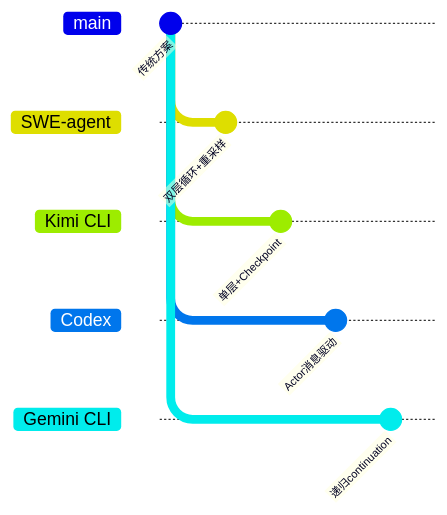
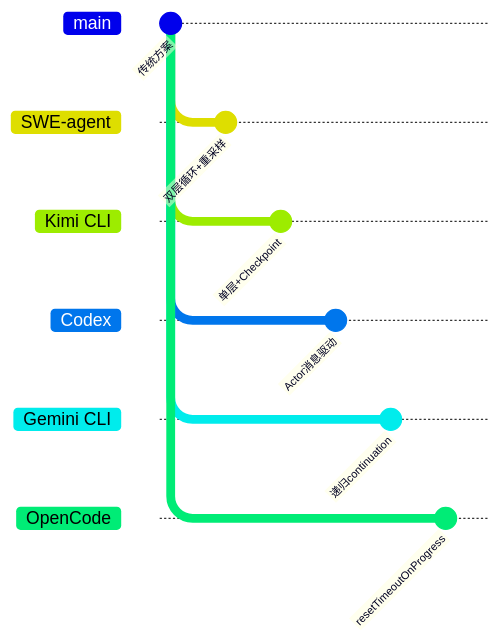
The ninth of 9 diagrams in docs/swe-agent/04-swe-agent-agent-loop.md (giraffe-tree/agent-base), drawn with Mermaid before and after one commit. The commit also changed other lines of this file and 155 other files, not shown here.

````diff
--- a/docs/swe-agent/04-swe-agent-agent-loop.md
+++ b/docs/swe-agent/04-swe-agent-agent-loop.md
@@ -655,19 +713,23 @@
 ```mermaid
 gitGraph
     commit id: "传统方案"
     branch "SWE-agent"
     checkout "SWE-agent"
     commit id: "双层循环+重采样"
     checkout main
     branch "Kimi CLI"
     checkout "Kimi CLI"
     commit id: "单层+Checkpoint"
     checkout main
     branch "Codex"
     checkout "Codex"
     commit id: "Actor消息驱动"
     checkout main
     branch "Gemini CLI"
     checkout "Gemini CLI"
     commit id: "递归continuation"
+    checkout main
+    branch "OpenCode"
+    checkout "OpenCode"
+    commit id: "resetTimeoutOnProgress"
 ```
````
